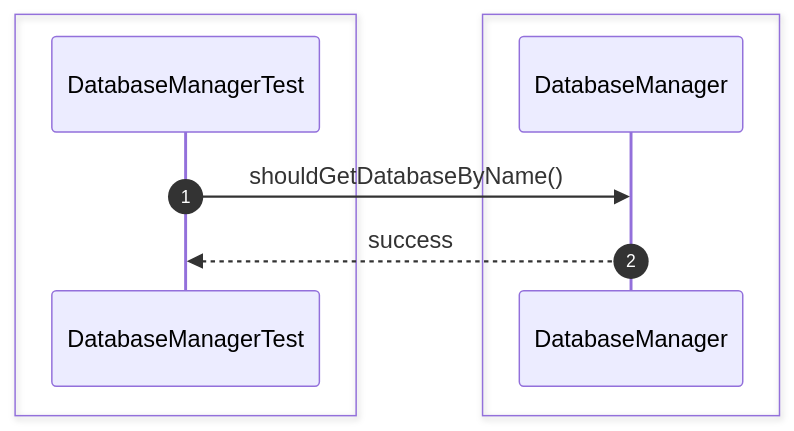
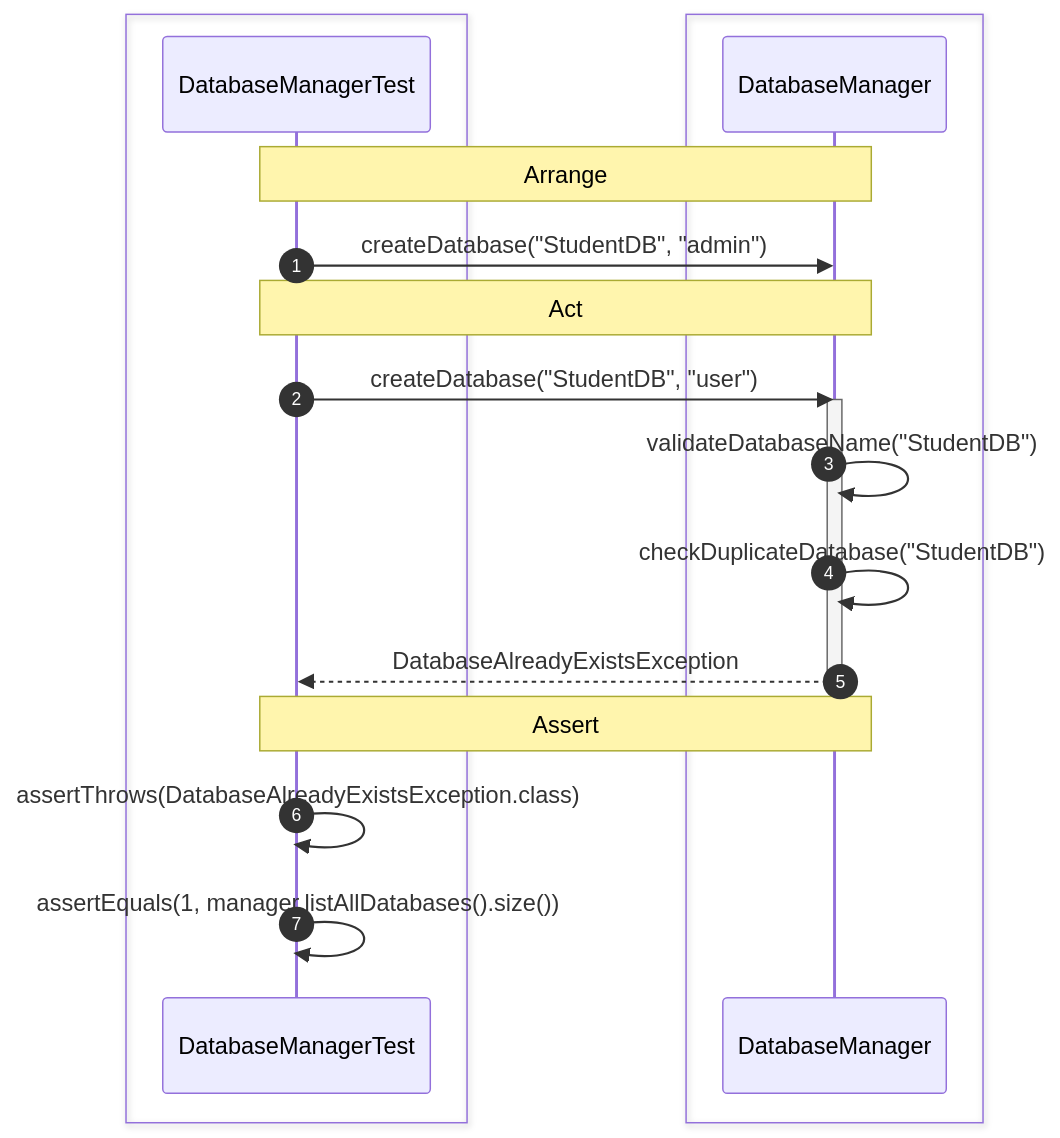
Diagram 14 of 46 in docs/sequence/db-server.md (Huy1801214/dbms-architecture), drawn with Mermaid before and after one commit. The commit also changed other lines of this file and 7 other files, not shown here.

Commit message:
Done Unit test for database manager

````diff
--- a/docs/sequence/db-server.md
+++ b/docs/sequence/db-server.md
@@ -173,13 +323,31 @@
 ```mermaid
 sequenceDiagram
     autonumber
+
     box #e1f5fe Test Suite
     participant Test as DatabaseManagerTest
     end
+
     box #e3f2fd DatabaseManager Component
     participant DM as DatabaseManager
     end
 
-    Test->>DM: shouldGetDatabaseByName()
-    DM-->>Test: success
+    Note over Test,DM: Arrange
+    Test->>DM: createDatabase("StudentDB", "admin")
+
+    Note over Test,DM: Act
+    Test->>DM: createDatabase("StudentDB", "user")
+
+    activate DM
+
+    DM->>DM: validateDatabaseName("StudentDB")
+    DM->>DM: checkDuplicateDatabase("StudentDB")
+
+    DM-->>Test: DatabaseAlreadyExistsException
+
+    deactivate DM
+
+    Note over Test,DM: Assert
+    Test->>Test: assertThrows(DatabaseAlreadyExistsException.class)
+    Test->>Test: assertEquals(1, manager.listAllDatabases().size())
 ```
````
